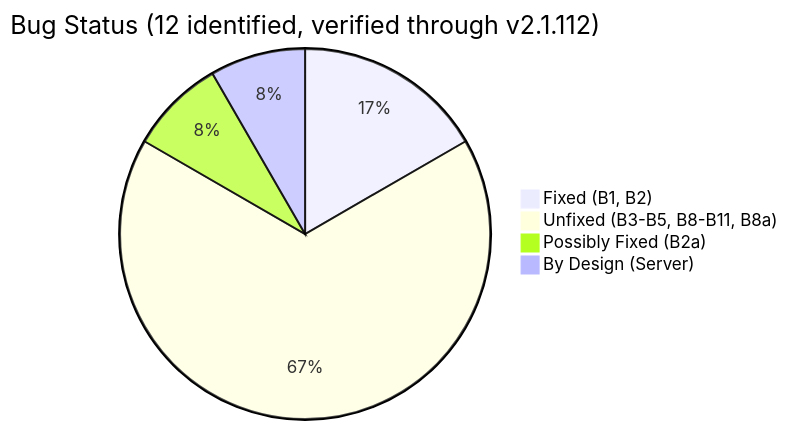
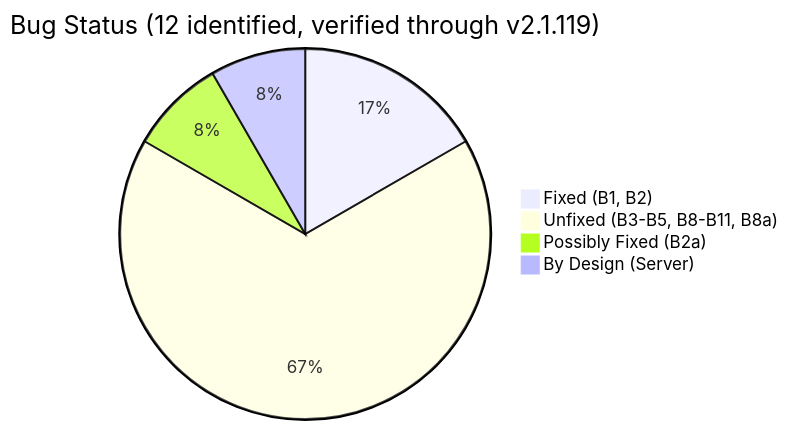
The diagram in README.md (seanGSISG/claude-code-hidden-problem-analysis), drawn with Mermaid before and after one commit. The commit also changed other lines of this file and 2 other files, not shown here.

````diff
--- a/README.md
+++ b/README.md
@@ -130,7 +136,7 @@
 ```mermaid
-pie title Bug Status (12 identified, verified through v2.1.112)
+pie title Bug Status (12 identified, verified through v2.1.119)
     "Fixed (B1, B2)" : 2
     "Unfixed (B3-B5, B8-B11, B8a)" : 8
     "Possibly Fixed (B2a)" : 1
     "By Design (Server)" : 1
 ```
````
